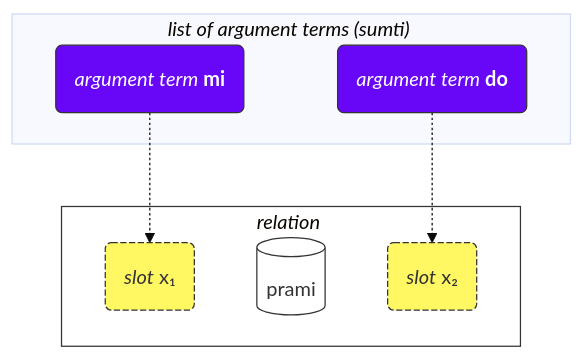
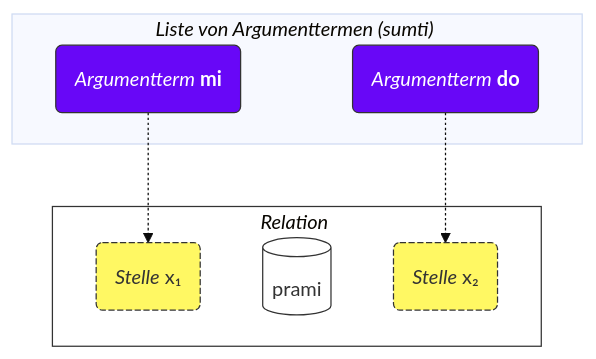
Before and after one commit to La-Lojban/lojban.pw: the first of 2 diagrams in data/pages/de/books/learn-lojban/!2.md, drawn with Mermaid (base theme). The commit also changed other lines of this file and 12 other files, not shown here.

````diff
--- a/data/pages/de/books/learn-lojban/!2.md
+++ b/data/pages/de/books/learn-lojban/!2.md
@@ -65,29 +87,29 @@
 ```mermaid
 flowchart TB
     %%common settings
-    subgraph bridi["<i>relation</i>#nbsp;"]
-        x1("<i>slot</i> x#8321;")
+    subgraph bridi["<i>Relation</i>#nbsp;"]
+        x1("<i>Stelle</i> x#8321;")
         selbri
-        x2("<i>slot</i> x#8322;")
+        x2("<i>Stelle</i> x#8322;")
     end
-    subgraph sumti["<i>list of argument terms (sumti)</i>#nbsp;"]
+    subgraph sumti["<i>Liste von Argumenttermen (sumti)</i>#nbsp;"]
         s1-.->x1
         s2-.->x2
     end
     classDef s fill:#6807F7,stroke:#333,stroke-width:1px,color:#fff;
     class s1 s;
     class s2 s;
     classDef x fill:#FFF863,stroke:#333,stroke-width:1px,stroke-dasharray: 5 2;
     class x1 x;
     class x2 x;
     classDef blabi fill:#fff,stroke:#333;
     class selbri blabi;
     class bridi blabi;
 
     %% input your sumti:
-    s1("<i>argument term</i> <b>mi</b>")
-    s2("<i>argument term</i> <b>do</b>")
+    s1("<i>Argumentterm</i> <b>mi</b>")
+    s2("<i>Argumentterm</i> <b>do</b>")
     %% input your selbri
     selbri[(prami)]
 
 ```
````
